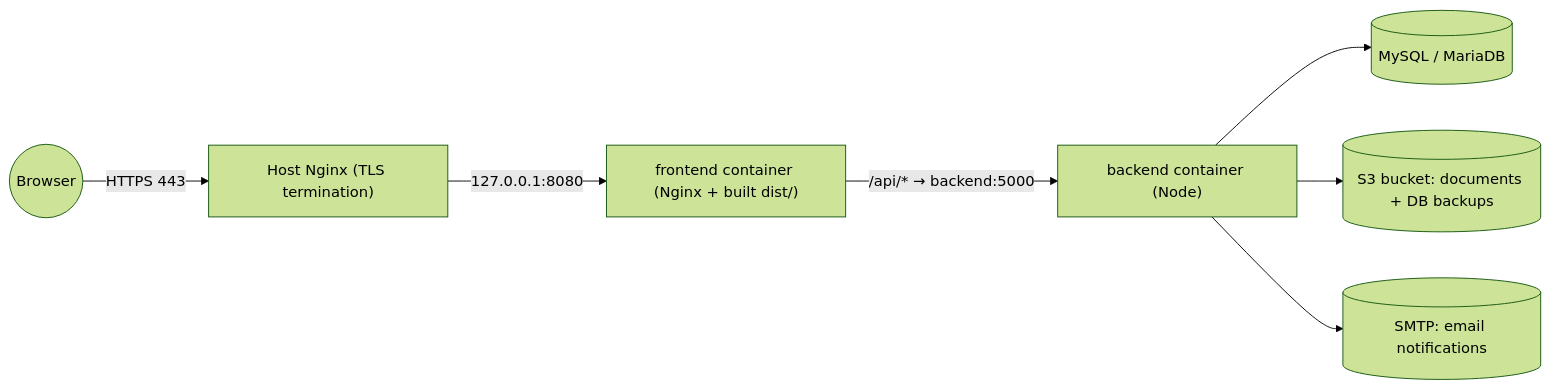
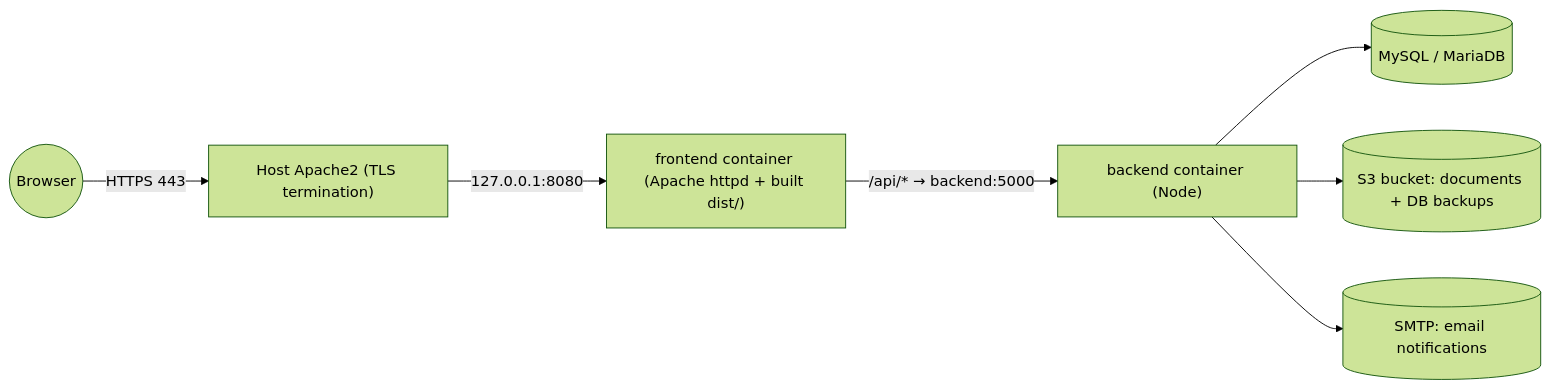
One commit to Digiooorja/CompanyManagementPlanetOne changed the diagram in AWS_DEPLOYMENT_GUIDE.md. Above: the diagram before and after it, drawn with Mermaid (forest theme). The commit also changed other lines of this file and 3 other files, not shown here.

````diff
--- a/AWS_DEPLOYMENT_GUIDE.md
+++ b/AWS_DEPLOYMENT_GUIDE.md
@@ -15,9 +15,9 @@
 ```mermaid
 flowchart LR
-    Client((Browser)) -->|HTTPS 443| HostNginx["Host Nginx (TLS termination)"]
-    HostNginx -->|"127.0.0.1:8080"| FE["frontend container (Nginx + built dist/)"]
+    Client((Browser)) -->|HTTPS 443| HostApache["Host Apache2 (TLS termination)"]
+    HostApache -->|"127.0.0.1:8080"| FE["frontend container (Apache httpd + built dist/)"]
     FE -->|"/api/* → backend:5000"| BE["backend container (Node)"]
     BE --> DB[(MySQL / MariaDB)]
     BE --> S3[(S3 bucket: documents + DB backups)]
     BE --> SMTP[(SMTP: email notifications)]
 ```
````
